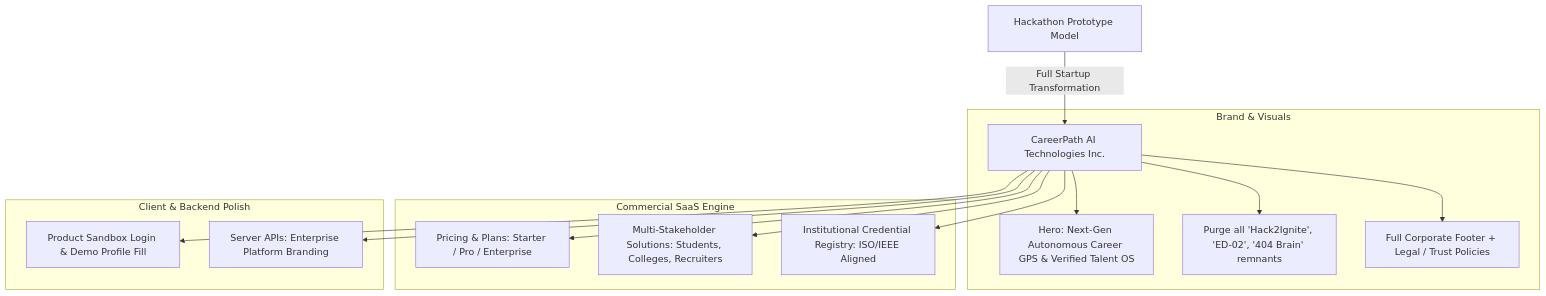
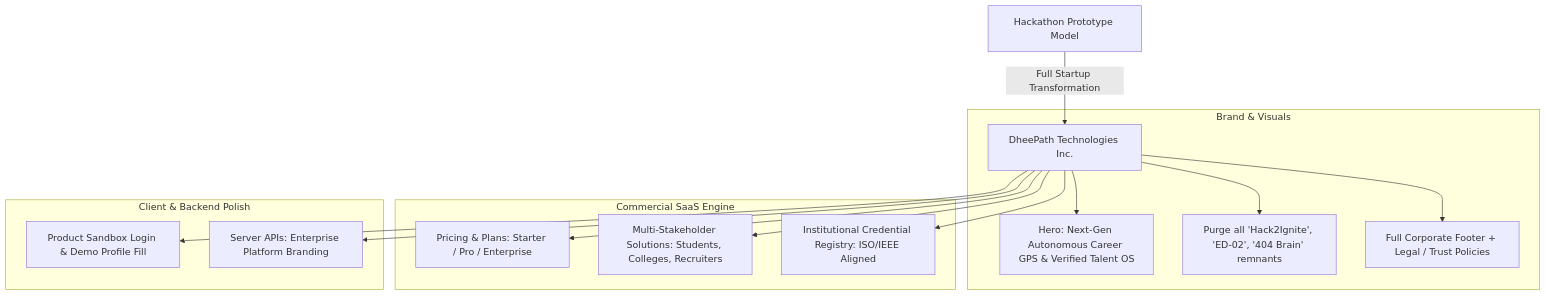
Before and after one commit to parthpatil1234p-svg/careerpath-ai: the diagram in plans/startup_transformation_roadmap_plan.md, drawn with Mermaid. The commit also changed other lines of this file and 240 other files, not shown here.

Commit message:
feat(rebrand): rename platform from CareerPath AI to DheePath across full stack

````diff
--- a/plans/startup_transformation_roadmap_plan.md
+++ b/plans/startup_transformation_roadmap_plan.md
@@ -42,21 +42,21 @@
 ```mermaid
 flowchart TD
-    A["Hackathon Prototype Model"] -->|Full Startup Transformation| B["CareerPath AI Technologies Inc."]
+    A["Hackathon Prototype Model"] -->|Full Startup Transformation| B["DheePath Technologies Inc."]
     
     subgraph Brand & Visuals
         B --> C["Hero: Next-Gen Autonomous Career GPS & Verified Talent OS"]
         B --> D["Purge all 'Hack2Ignite', 'ED-02', '404 Brain' remnants"]
         B --> E["Full Corporate Footer + Legal / Trust Policies"]
     end
     
     subgraph Commercial SaaS Engine
         B --> F["Pricing & Plans: Starter / Pro / Enterprise"]
         B --> G["Multi-Stakeholder Solutions: Students, Colleges, Recruiters"]
         B --> H["Institutional Credential Registry: ISO/IEEE Aligned"]
     end
     
     subgraph Client & Backend Polish
         B --> I["Product Sandbox Login & Demo Profile Fill"]
         B --> J["Server APIs: Enterprise Platform Branding"]
     end
 ```
````
